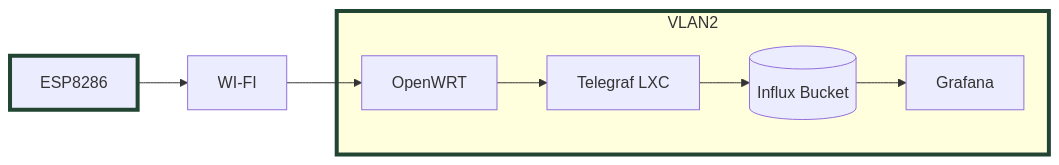
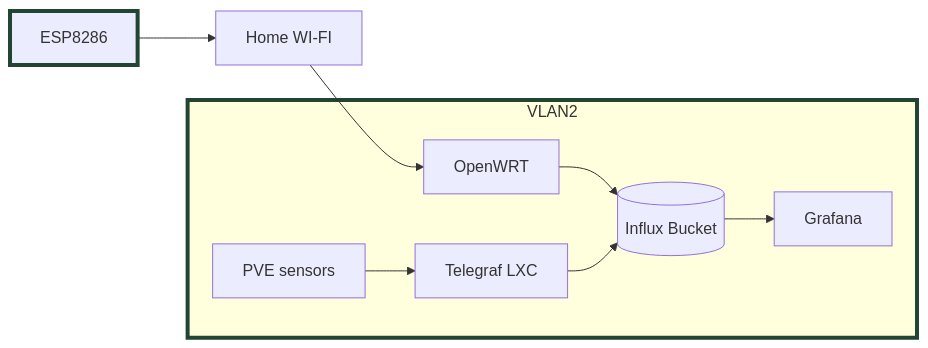
Before and after one commit to mgp944/homelab: the diagram in proxmox-virtuaization-lab/docs/sensors/Data Ingestion.md, drawn with Mermaid. The commit also changed other lines of this file and 10 other files, not shown here.

````diff
--- a/proxmox-virtuaization-lab/docs/sensors/Data Ingestion.md
+++ b/proxmox-virtuaization-lab/docs/sensors/Data Ingestion.md
@@ -5,19 +4,21 @@
 ```mermaid
 
 flowchart LR
 
 esp["ESP8286"]
-wifi["WI-FI"]
+wifi["Home WI-FI"]
 subgraph VLAN2
-openwrt["OpenWRT"]
-telegraf["Telegraf LXC"]
-influx[("Influx Bucket")]
-grafana["Grafana"]
+	openwrt["OpenWRT"]
+	telegraf["Telegraf LXC"]
+	influx[("Influx Bucket")]
+	grafana["Grafana"]
+	PVE["PVE sensors"]
 end
 
-esp --> wifi --> openwrt --> telegraf --> influx --> grafana
+esp --> wifi --> openwrt --> influx --> grafana
+PVE --> telegraf --> influx 
 
 
 style VLAN2 border:#81f,stroke:#243,stroke-width:4px
 style esp border:#fef,stroke:#243,stroke-width:4px
 ```
````
